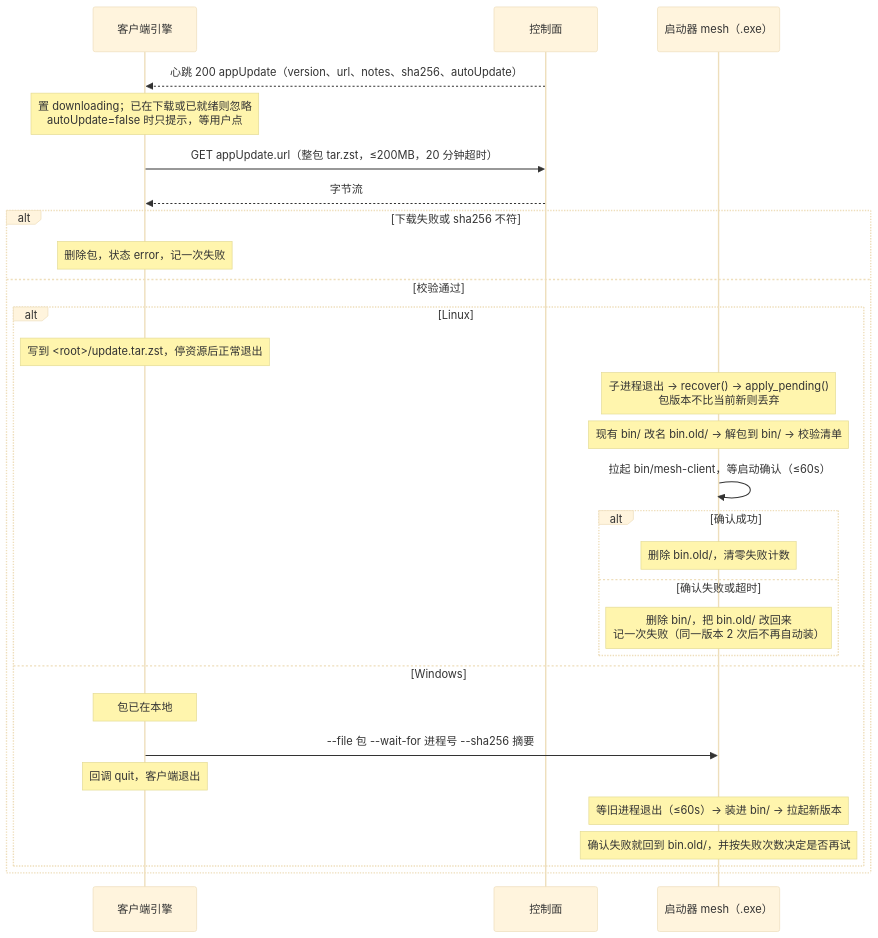
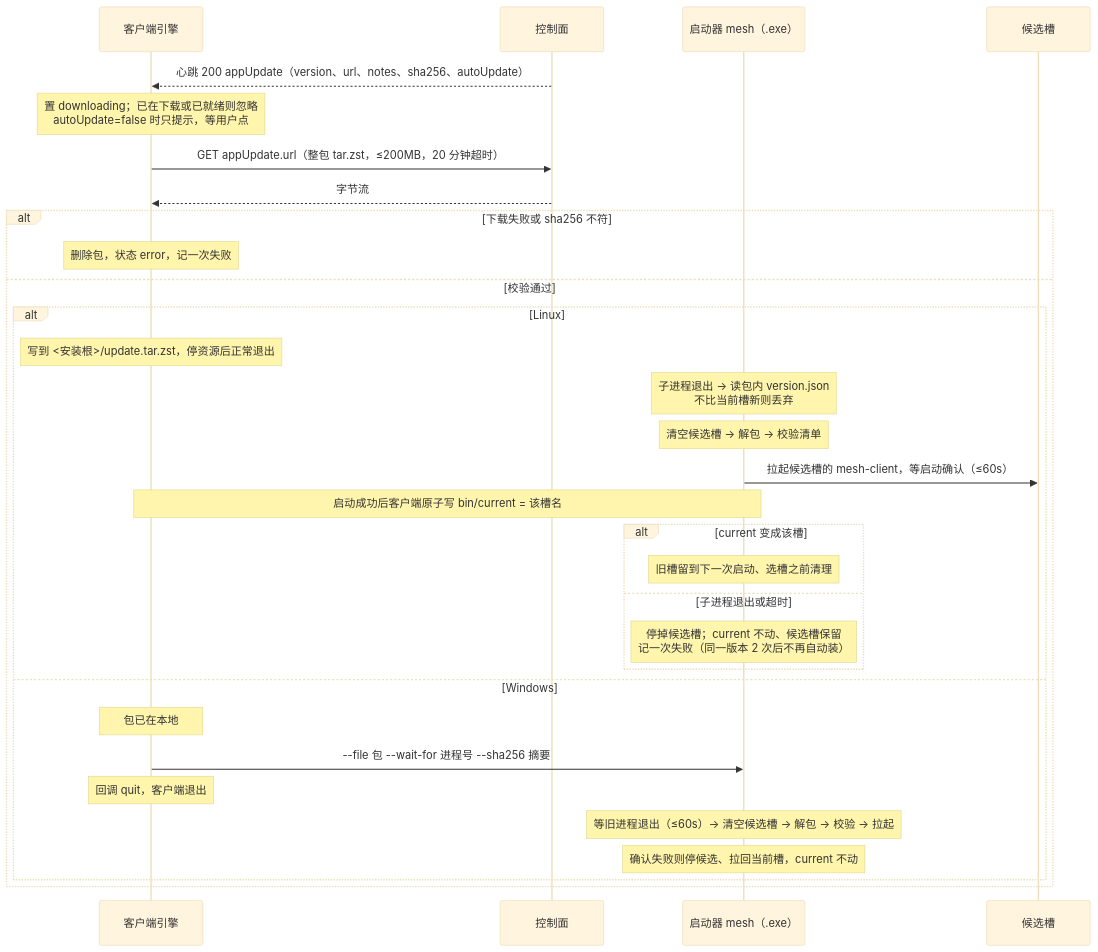
Before and after one commit to hiromuraki/mesh-client: the third of 5 diagrams in docs/flows.md, drawn with Mermaid (base theme). The commit also changed other lines of this file and 4 other files, not shown here.

Commit message:
契约先行：安装布局改双槽（bin/alice、bin/bob、bin/current）

````diff
--- a/docs/flows.md
+++ b/docs/flows.md
@@ -80,32 +80,34 @@
 ```mermaid
 sequenceDiagram
   participant E as 客户端引擎
   participant S as 控制面
   participant L as 启动器 mesh（.exe）
+  participant N as 候选槽
 
   S-->>E: 心跳 200 appUpdate（version、url、notes、sha256、autoUpdate）
   Note over E: 置 downloading；已在下载或已就绪则忽略<br/>autoUpdate=false 时只提示，等用户点
   E->>S: GET appUpdate.url（整包 tar.zst，≤200MB，20 分钟超时）
   S-->>E: 字节流
   alt 下载失败或 sha256 不符
     Note over E: 删除包，状态 error，记一次失败
   else 校验通过
     alt Linux
-      Note over E: 写到 <root>/update.tar.zst，停资源后正常退出
-      Note over L: 子进程退出 → recover() → apply_pending()<br/>包版本不比当前新则丢弃
-      Note over L: 现有 bin/ 改名 bin.old/ → 解包到 bin/ → 校验清单
-      L->>L: 拉起 bin/mesh-client，等启动确认（≤60s）
-      alt 确认成功
-        Note over L: 删除 bin.old/，清零失败计数
-      else 确认失败或超时
-        Note over L: 删除 bin/，把 bin.old/ 改回来<br/>记一次失败（同一版本 2 次后不再自动装）
+      Note over E: 写到 <安装根>/update.tar.zst，停资源后正常退出
+      Note over L: 子进程退出 → 读包内 version.json<br/>不比当前槽新则丢弃
+      Note over L: 清空候选槽 → 解包 → 校验清单
+      L->>N: 拉起候选槽的 mesh-client，等启动确认（≤60s）
+      Note over E,L: 启动成功后客户端原子写 bin/current = 该槽名
+      alt current 变成该槽
+        Note over L: 旧槽留到下一次启动、选槽之前清理
+      else 子进程退出或超时
+        Note over L: 停掉候选槽；current 不动、候选槽保留<br/>记一次失败（同一版本 2 次后不再自动装）
       end
     else Windows
       Note over E: 包已在本地
       E->>L: --file 包 --wait-for 进程号 --sha256 摘要
       Note over E: 回调 quit，客户端退出
-      Note over L: 等旧进程退出（≤60s）→ 装进 bin/ → 拉起新版本
-      Note over L: 确认失败就回到 bin.old/，并按失败次数决定是否再试
+      Note over L: 等旧进程退出（≤60s）→ 清空候选槽 → 解包 → 校验 → 拉起
+      Note over L: 确认失败则停候选、拉回当前槽，current 不动
     end
   end
 ```
````
